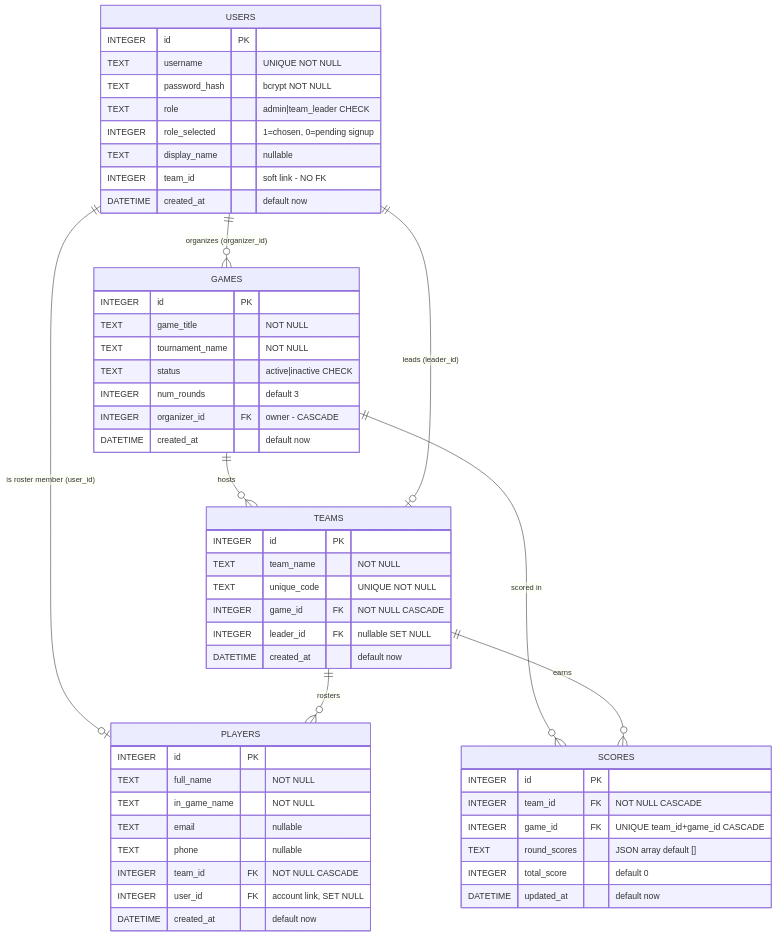
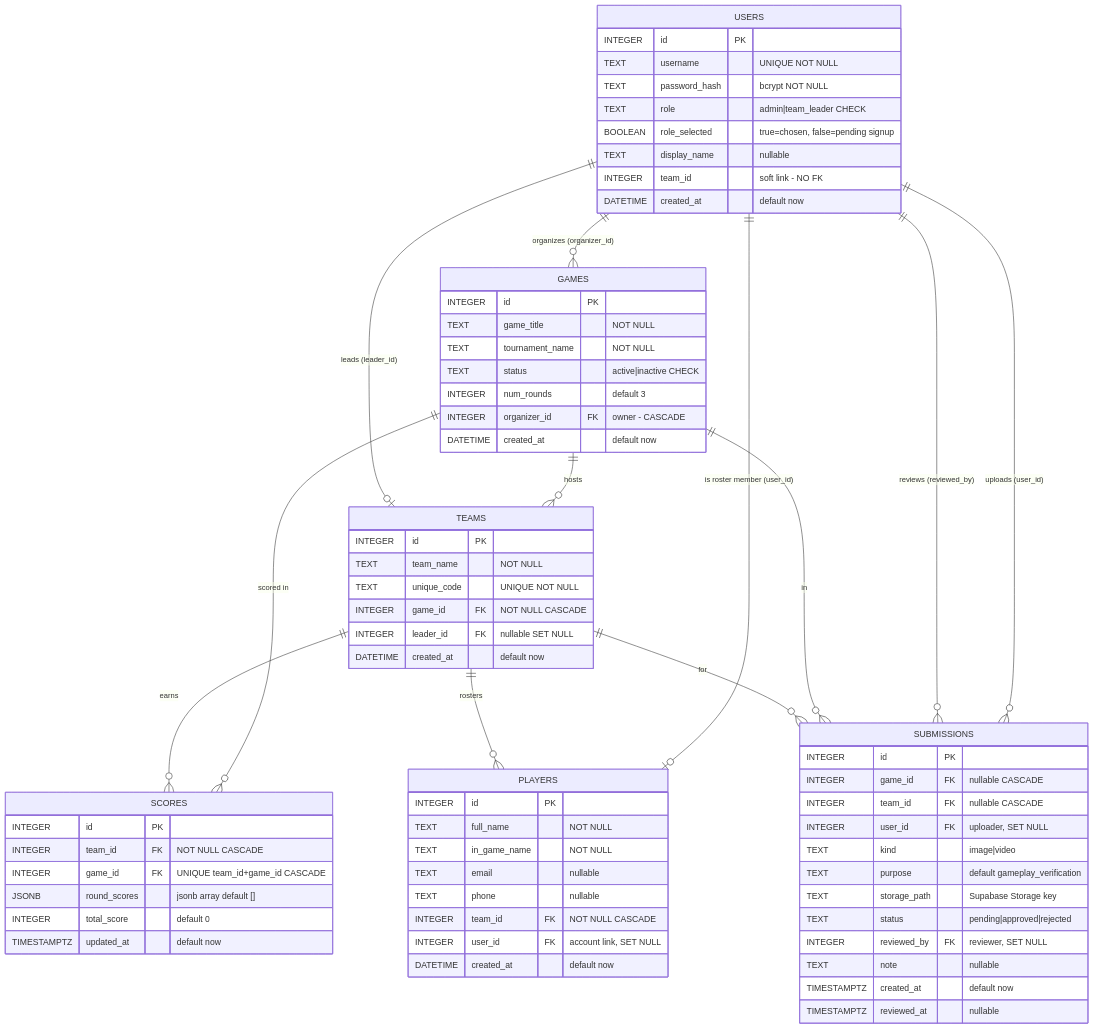
The third of 4 diagrams in ARCHITECTURE.md (friday-9007/GGBoard), drawn with Mermaid before and after one commit. The commit also changed other lines of this file and 21 other files, not shown here.

````diff
--- a/ARCHITECTURE.md
+++ b/ARCHITECTURE.md
@@ -122,56 +125,74 @@
 ```mermaid
 erDiagram
     USERS ||--o{ GAMES : "organizes (organizer_id)"
     GAMES ||--o{ TEAMS : "hosts"
     GAMES ||--o{ SCORES : "scored in"
     USERS ||--o| TEAMS : "leads (leader_id)"
     USERS ||--o| PLAYERS : "is roster member (user_id)"
     TEAMS ||--o{ PLAYERS : "rosters"
     TEAMS ||--o{ SCORES : "earns"
+    USERS ||--o{ SUBMISSIONS : "uploads (user_id)"
+    USERS ||--o{ SUBMISSIONS : "reviews (reviewed_by)"
+    GAMES ||--o{ SUBMISSIONS : "in"
+    TEAMS ||--o{ SUBMISSIONS : "for"
 
     GAMES {
         INTEGER id PK
         TEXT game_title "NOT NULL"
         TEXT tournament_name "NOT NULL"
         TEXT status "active|inactive CHECK"
         INTEGER num_rounds "default 3"
         INTEGER organizer_id FK "owner - CASCADE"
         DATETIME created_at "default now"
     }
     USERS {
         INTEGER id PK
         TEXT username "UNIQUE NOT NULL"
         TEXT password_hash "bcrypt NOT NULL"
         TEXT role "admin|team_leader CHECK"
-        INTEGER role_selected "1=chosen, 0=pending signup"
+        BOOLEAN role_selected "true=chosen, false=pending signup"
         TEXT display_name "nullable"
         INTEGER team_id "soft link - NO FK"
         DATETIME created_at "default now"
     }
     TEAMS {
         INTEGER id PK
         TEXT team_name "NOT NULL"
         TEXT unique_code "UNIQUE NOT NULL"
         INTEGER game_id FK "NOT NULL CASCADE"
         INTEGER leader_id FK "nullable SET NULL"
         DATETIME created_at "default now"
     }
     PLAYERS {
         INTEGER id PK
         TEXT full_name "NOT NULL"
         TEXT in_game_name "NOT NULL"
         TEXT email "nullable"
         TEXT phone "nullable"
         INTEGER team_id FK "NOT NULL CASCADE"
         INTEGER user_id FK "account link, SET NULL"
         DATETIME created_at "default now"
     }
     SCORES {
         INTEGER id PK
         INTEGER team_id FK "NOT NULL CASCADE"
         INTEGER game_id FK "UNIQUE team_id+game_id CASCADE"
-        TEXT round_scores "JSON array default []"
+        JSONB round_scores "jsonb array default []"
         INTEGER total_score "default 0"
-        DATETIME updated_at "default now"
+        TIMESTAMPTZ updated_at "default now"
+    }
+    SUBMISSIONS {
+        INTEGER id PK
+        INTEGER game_id FK "nullable CASCADE"
+        INTEGER team_id FK "nullable CASCADE"
+        INTEGER user_id FK "uploader, SET NULL"
+        TEXT kind "image|video"
+        TEXT purpose "default gameplay_verification"
+        TEXT storage_path "Supabase Storage key"
+        TEXT status "pending|approved|rejected"
+        INTEGER reviewed_by FK "reviewer, SET NULL"
+        TEXT note "nullable"
+        TIMESTAMPTZ created_at "default now"
+        TIMESTAMPTZ reviewed_at "nullable"
     }
 ```
````
